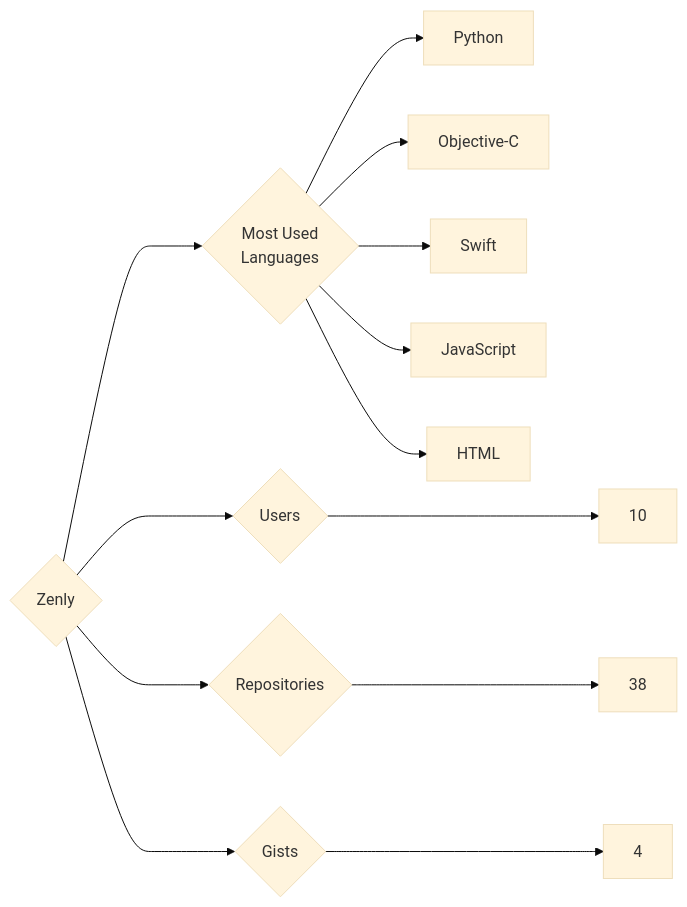
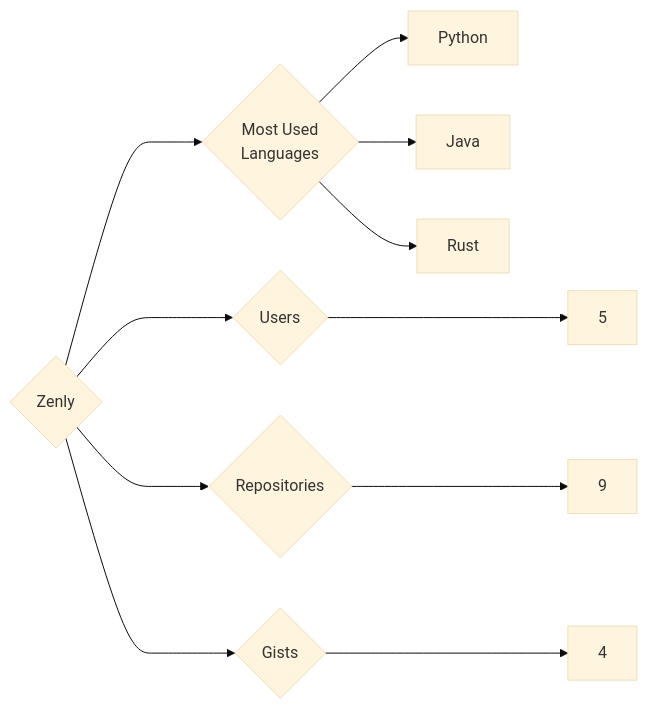
Before and after one commit to trickest/insiders: the diagram in targets/Zenly/README.md, drawn with Mermaid (base theme). The commit also changed 886 other files, not shown here.

````diff
--- a/targets/Zenly/README.md
+++ b/targets/Zenly/README.md
@@ -3,13 +3,11 @@
 ```mermaid
 graph LR
 COMPANY_NAME{Zenly}
-COMPANY_NAME ---> U{Users} ---> UN[10]
-COMPANY_NAME ---> R{Repositories} ---> RN[38]
+COMPANY_NAME ---> U{Users} ---> UN[5]
+COMPANY_NAME ---> R{Repositories} ---> RN[9]
 COMPANY_NAME ---> G{Gists} ---> GN[4]
 COMPANY_NAME ---> ML{Most Used<br>Languages}
 ML --> Python[Python]
-ML --> Objective-C[Objective-C]
-ML --> Swift[Swift]
-ML --> JavaScript[JavaScript]
-ML --> HTML[HTML]
+ML --> Java[Java]
+ML --> Rust[Rust]
 ```
````
